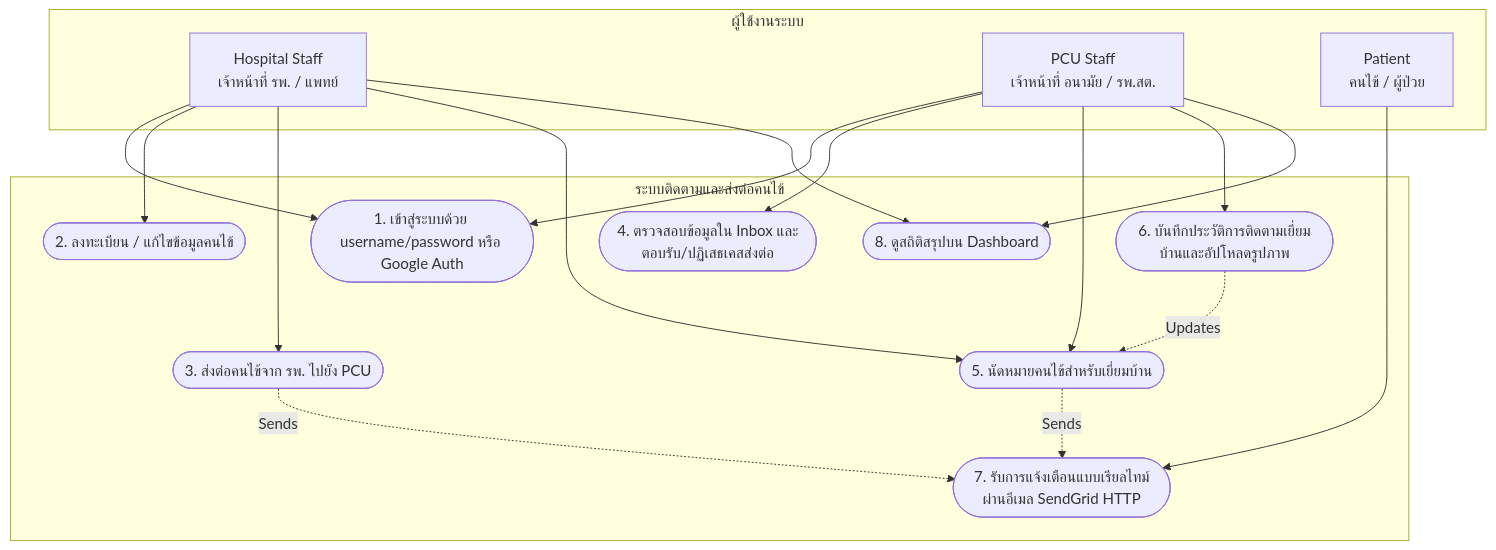
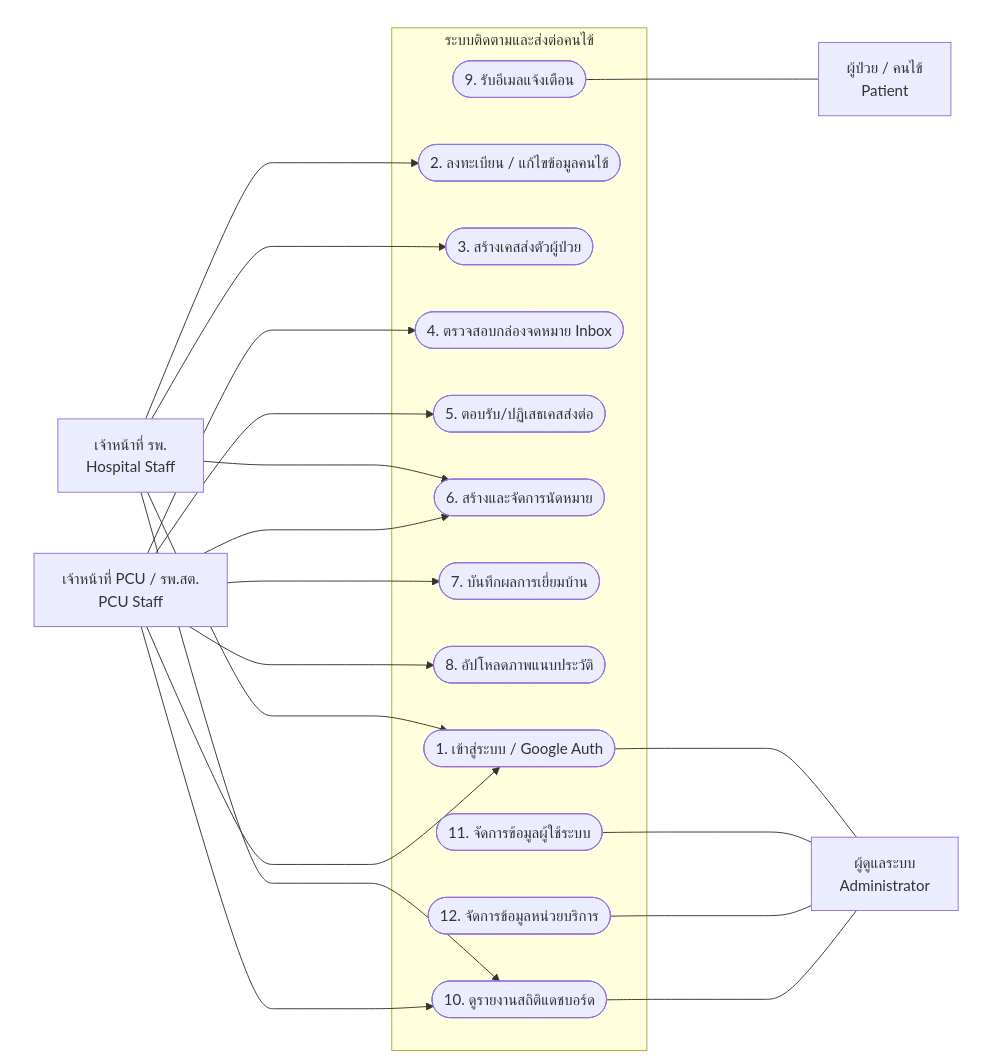
One commit to ZeMon1954/Patient_tracking_system changed the first of 8 diagrams in senior_project_documentation.md. Above: the diagram before and after it, drawn with Mermaid. The commit also changed other lines of this file and 1 other file, not shown here.

Commit message:
fix(tracking): restrict PCU staff to only see accepted referrals and update data dictionary

````diff
--- a/senior_project_documentation.md
+++ b/senior_project_documentation.md
@@ -10,39 +44,57 @@
 ```mermaid
-graph TD
-    subgraph Actors [ผู้ใช้งานระบบ]
-        H[Hospital Staff<br/>เจ้าหน้าที่ รพ. / แพทย์]
-        P[PCU Staff<br/>เจ้าหน้าที่ อนามัย / รพ.สต.]
-        PA[Patient<br/>คนไข้ / ผู้ป่วย]
+graph LR
+    %% Actors Left
+    subgraph LeftActors [ ]
+        style LeftActors fill:none,stroke:none
+        H[เจ้าหน้าที่ รพ.<br/>Hospital Staff]
+        P[เจ้าหน้าที่ PCU / รพ.สต.<br/>PCU Staff]
     end
 
-    subgraph System [ระบบติดตามและส่งต่อคนไข้]
-        UC1([1. เข้าสู่ระบบด้วย username/password หรือ Google Auth])
+    %% Use Cases (Center)
+    subgraph SystemBoundary [ระบบติดตามและส่งต่อคนไข้]
+        UC1([1. เข้าสู่ระบบ / Google Auth])
         UC2([2. ลงทะเบียน / แก้ไขข้อมูลคนไข้])
-        UC3([3. ส่งต่อคนไข้จาก รพ. ไปยัง PCU])
-        UC4([4. ตรวจสอบข้อมูลใน Inbox และตอบรับ/ปฏิเสธเคสส่งต่อ])
-        UC5([5. นัดหมายคนไข้สำหรับเยี่ยมบ้าน])
-        UC6([6. บันทึกประวัติการติดตามเยี่ยมบ้านและอัปโหลดรูปภาพ])
-        UC7([7. รับการแจ้งเตือนแบบเรียลไทม์ผ่านอีเมล SendGrid HTTP])
-        UC8([8. ดูสถิติสรุปบน Dashboard])
+        UC3([3. สร้างเคสส่งตัวผู้ป่วย])
+        UC4([4. ตรวจสอบกล่องจดหมาย Inbox])
+        UC5([5. ตอบรับ/ปฏิเสธเคสส่งต่อ])
+        UC6([6. สร้างและจัดการนัดหมาย])
+        UC7([7. บันทึกผลการเยี่ยมบ้าน])
+        UC8([8. อัปโหลดภาพแนบประวัติ])
+        UC9([9. รับอีเมลแจ้งเตือน])
+        UC10([10. ดูรายงานสถิติแดชบอร์ด])
+        UC11([11. จัดการข้อมูลผู้ใช้ระบบ])
+        UC12([12. จัดการข้อมูลหน่วยบริการ])
     end
 
-    %% Relationships
-    H --> UC1
-    H --> UC2
-    H --> UC3
-    H --> UC5
-    H --> UC8
+    %% Actors Right
+    subgraph RightActors [ ]
+        style RightActors fill:none,stroke:none
+        PA[ผู้ป่วย / คนไข้<br/>Patient]
+        A[ผู้ดูแลระบบ<br/>Administrator]
+    end
 
-    P --> UC1
-    P --> UC4
-    P --> UC5
-    P --> UC6
-    P --> UC8
+    %% Connections for Hospital Staff (Left Top)
+    H ----> UC1
+    H ----> UC2
+    H ----> UC3
+    H ----> UC6
+    H ----> UC10
 
-    PA --> UC7
+    %% Connections for PCU Staff (Left Bottom)
+    P ----> UC1
+    P ----> UC4
+    P ----> UC5
+    P ----> UC6
+    P ----> UC7
+    P ----> UC8
+    P ----> UC10
 
-    %% Extend/Include styles (Implicit)
-    UC3 -.->|Sends| UC7
-    UC5 -.->|Sends| UC7
-    UC6 -.->|Updates| UC5
+    %% Connections for Patient (Right Top)
+    UC9 <---- PA
+
+    %% Connections for Administrator (Right Bottom)
+    UC1 <---- A
+    UC11 <---- A
+    UC12 <---- A
+    UC10 <---- A
 ```
````
